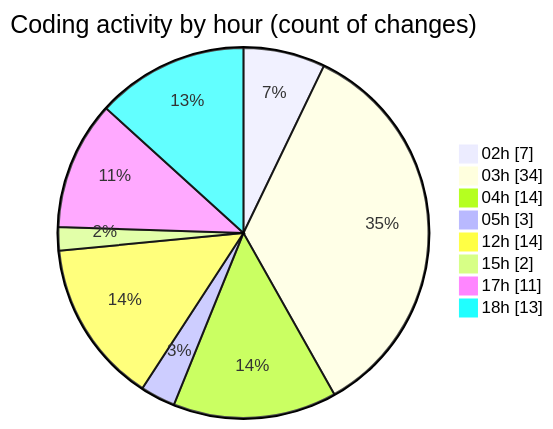
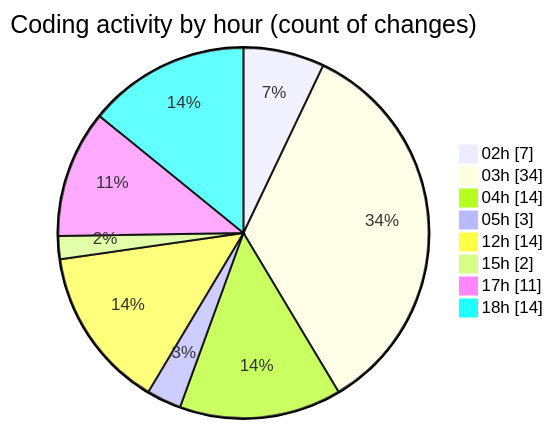
One commit to JenPaints/code-tracking changed the second of 2 diagrams in 2025-05-29/kimberly-groups/README.md. Above: the diagram before and after it, drawn with Mermaid. The commit also changed other lines of this file and 1 other file, not shown here.

````diff
--- a/2025-05-29/kimberly-groups/README.md
+++ b/2025-05-29/kimberly-groups/README.md
@@ -38,12 +39,12 @@
 ```mermaid
 pie showData
 title Coding activity by hour (count of changes)
 "02h" : 7
 "03h" : 34
 "04h" : 14
 "05h" : 3
 "12h" : 14
 "15h" : 2
 "17h" : 11
-"18h" : 13
+"18h" : 14
 ```
````
